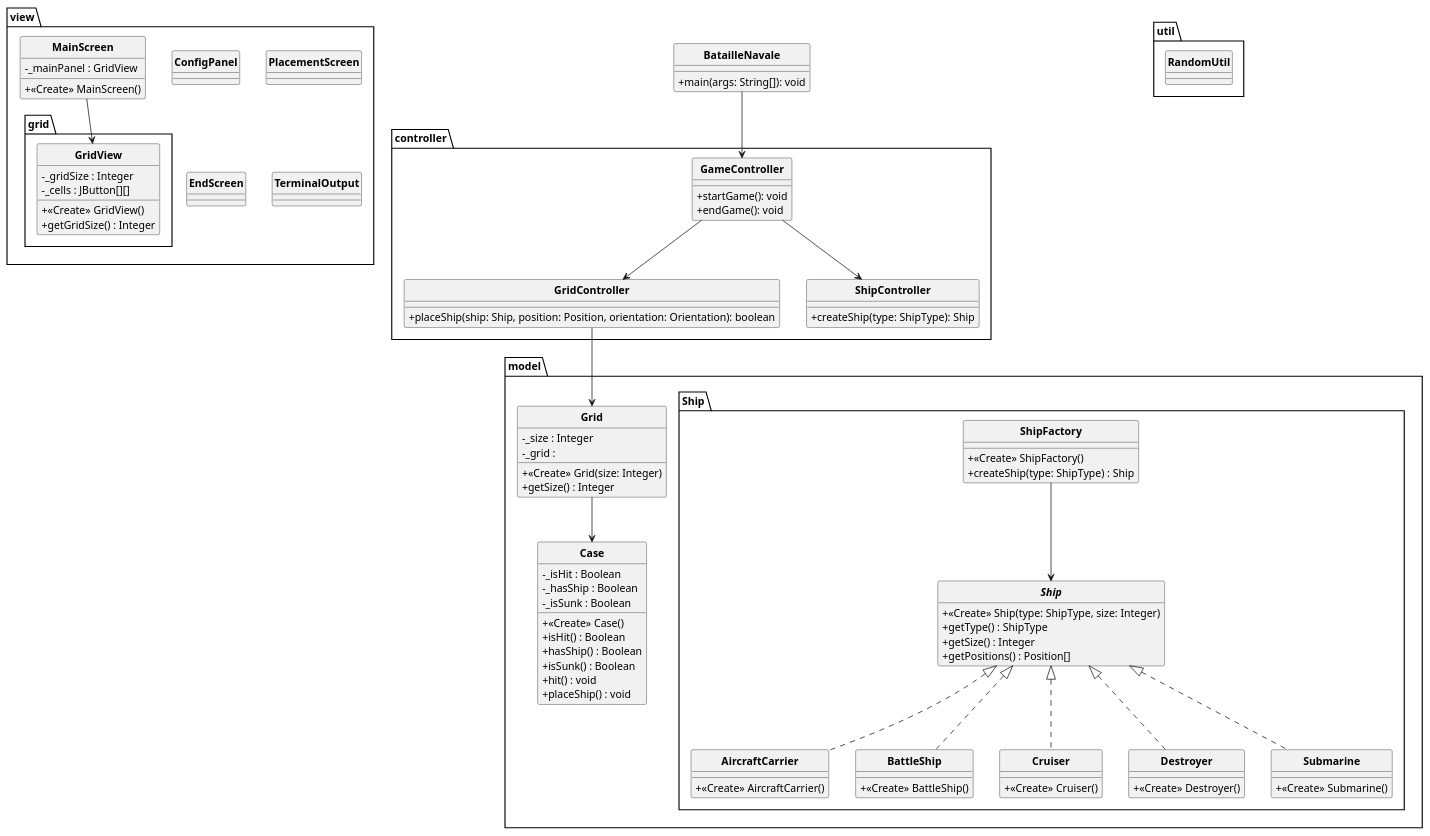
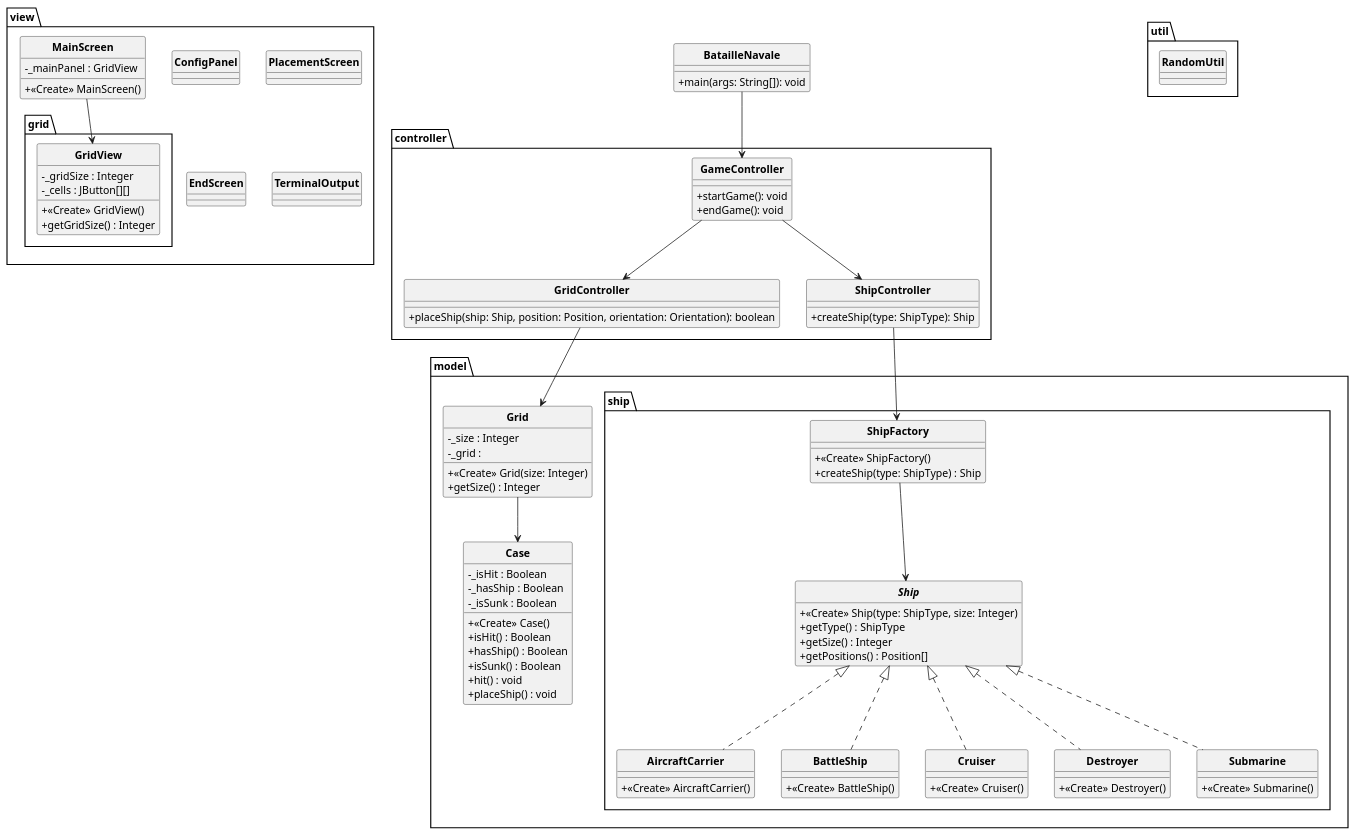
The diagram in uml/batailleNavale.puml (Redstoner507/bataille-navale-java), drawn with PlantUML before and after one commit. The commit also changed 6 other files, not shown here.

Commit message:
Ajout de classes, modification de la grille et de l'interface principale pour la Bataille Navale. + Amélioration de l'UML et ajout de ressources d'images.

```diff
--- a/uml/batailleNavale.puml
+++ b/uml/batailleNavale.puml
@@ -1,119 +1,120 @@
 @startuml BatailleNavale
 'https://plantuml.com/class-diagram
 
 skinparam style strictuml
 skinparam classAttributeIconSize 0
 skinparam classFontStyle Bold
 hide enum methods
 hide interface attributes
 
 class BatailleNavale {
     +main(args: String[]): void
 }
 
 package model {
     class Grid {
         - _size : Integer
         - _grid : 
         + <<Create>> Grid(size: Integer)
         + getSize() : Integer
     }
 
     class Case {
         - _isHit : Boolean
         - _hasShip : Boolean
         - _isSunk : Boolean
         + <<Create>> Case()
         + isHit() : Boolean
         + hasShip() : Boolean
         + isSunk() : Boolean
         + hit() : void
         + placeShip() : void
     }
 
-    package Ship {
+    package ship {
         interface Ship {
             - _type : ShipType
             - _size : Integer
             - _positions : Position[]
             + <<Create>> Ship(type: ShipType, size: Integer)
             + getType() : ShipType
             + getSize() : Integer
             + getPositions() : Position[]
         }
 
         class ShipFactory {
             + <<Create>> ShipFactory()
             + createShip(type: ShipType) : Ship
         }
 
         class AircraftCarrier implements Ship {
             + <<Create>> AircraftCarrier()
         }
         class BattleShip implements Ship {
             + <<Create>> BattleShip()
         }
         class Cruiser implements Ship {
             + <<Create>> Cruiser()
         }
         class Destroyer implements Ship {
             + <<Create>> Destroyer()
         }
         class Submarine implements Ship {
             + <<Create>> Submarine()
         }
         ShipFactory --> Ship
     }
     ' Relationships
     Grid --> Case
    
 }
 
 package view {
     class ConfigPanel
     class PlacementScreen
     class MainScreen {
         - _mainPanel : GridView
         + <<Create>> MainScreen()
     }
     class EndScreen
     class TerminalOutput
     package grid {
         class GridView {
             - _gridSize : Integer
             - _cells : JButton[][]
             + <<Create>> GridView()
             + getGridSize() : Integer
         }
     }
 }
 
 package controller {
     class GridController {
         +placeShip(ship: Ship, position: Position, orientation: Orientation): boolean
     }
 
     class ShipController {
         +createShip(type: ShipType): Ship
     }
 
     class GameController {
         +startGame(): void
         +endGame(): void
     }
 }
 
 package util {
     class RandomUtil {
 
     }
 }
 
 ' Relationships
 MainScreen --> view.grid.GridView
 BatailleNavale --> controller.GameController
 controller.GameController --> controller.GridController
 controller.GameController --> controller.ShipController
 controller.GridController --> model.Grid
+controller.ShipController --> model.ship.ShipFactory
 
 @enduml
```
